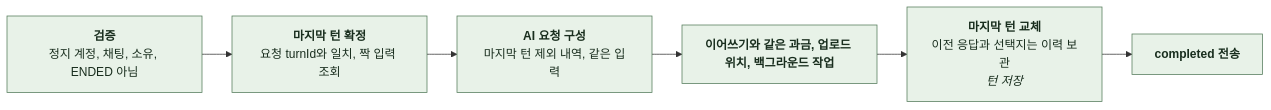
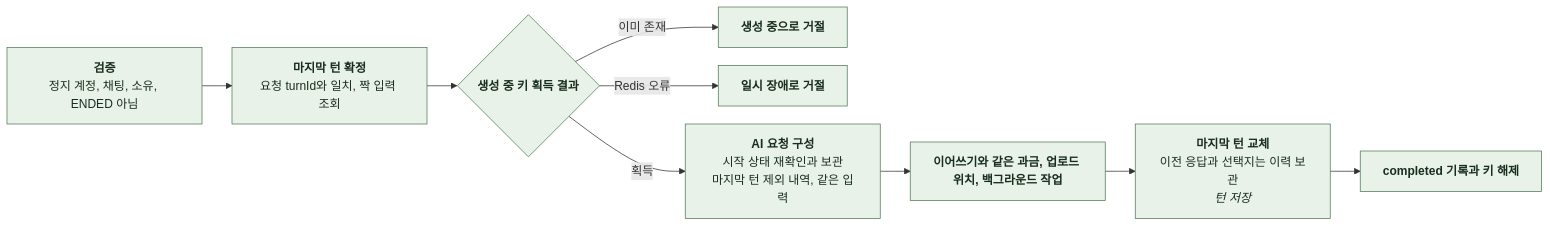
One commit to KIM-N-KANG/knk-harness changed the sixth of 13 diagrams in docs/domain/CHAT/BACKEND/4-1-PIPELINES.md. Above: the diagram before and after it, drawn with Mermaid. The commit also changed other lines of this file and 13 other files, not shown here.

````diff
--- a/docs/domain/CHAT/BACKEND/4-1-PIPELINES.md
+++ b/docs/domain/CHAT/BACKEND/4-1-PIPELINES.md
@@ -339,16 +347,20 @@
 ```mermaid
 %%{init: {"flowchart": {"curve": "basis", "nodeSpacing": 24, "rankSpacing": 40}}}%%
 flowchart LR
     A["`**검증**
 정지 계정, 채팅, 소유, ENDED 아님`"] --> B["`**마지막 턴 확정**
 요청 turnId와 일치, 짝 입력 조회`"]
-    B --> C["`**AI 요청 구성**
+    B --> L{"`**생성 중 키 획득 결과**`"}
+    L -->|이미 존재| Z["`**생성 중으로 거절**`"]
+    L -->|Redis 오류| W["`**일시 장애로 거절**`"]
+    L -->|획득| C["`**AI 요청 구성**
+시작 상태 재확인과 보관
 마지막 턴 제외 내역, 같은 입력`"]
     C --> D["`**이어쓰기와 같은 과금, 업로드 위치, 백그라운드 작업**`"]
     D --> E["`**마지막 턴 교체**
 이전 응답과 선택지는 이력 보관
 *턴 저장*`"]
-    E --> F["`**completed 전송**`"]
+    E --> F["`**completed 기록과 키 해제**`"]
     classDef comp fill:#E8F2E8,stroke:#527A59,color:#182D1D
-    class A,B,C,D,E,F comp
+    class A,B,L,Z,W,C,D,E,F comp
 ```
````
